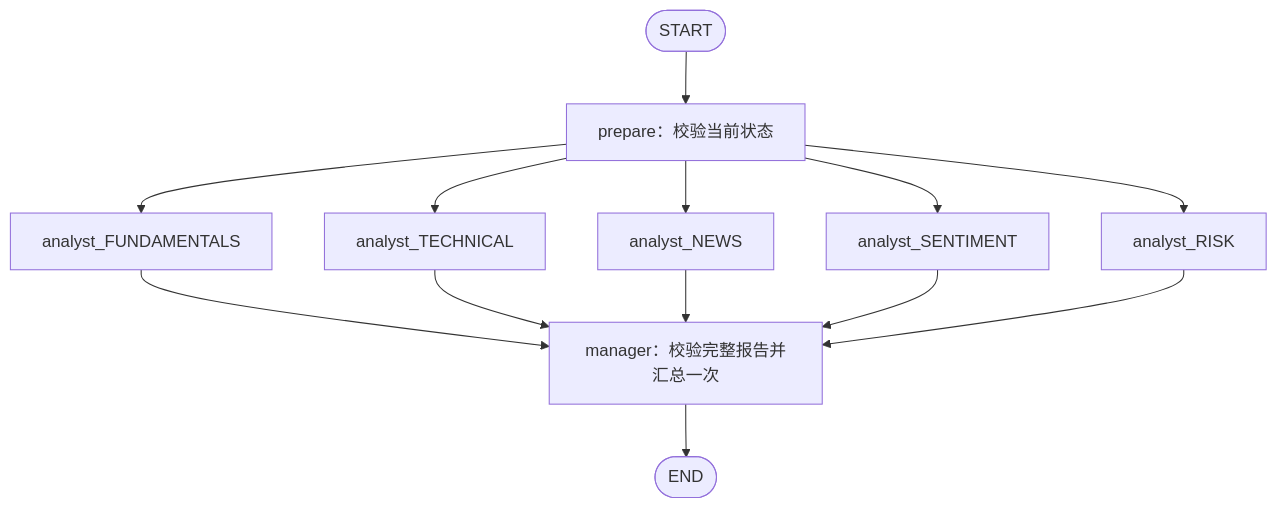
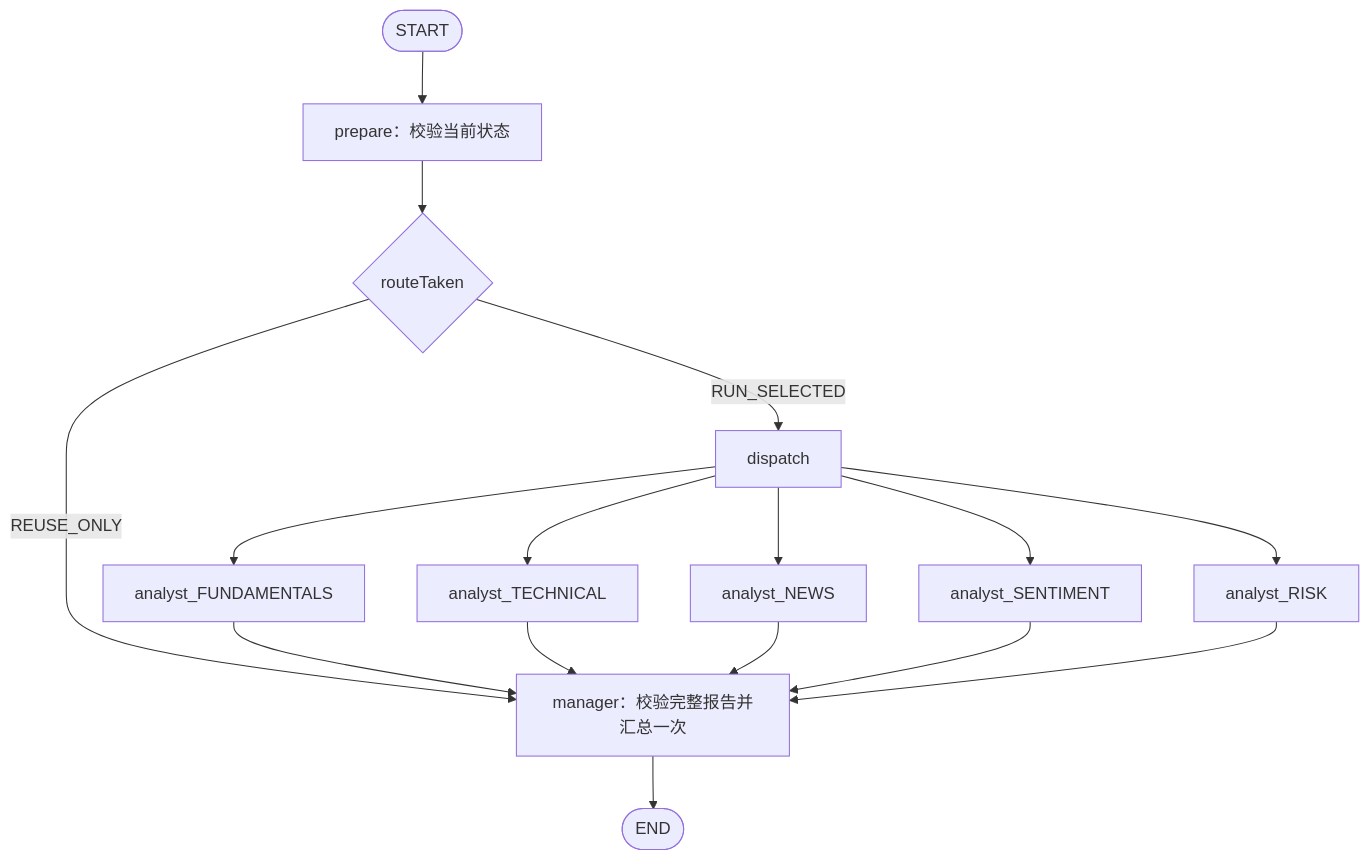
The diagram in GRAPH.md (sjcUD/stock-research-agent), drawn with Mermaid before and after one commit. The commit also changed other lines of this file and 24 other files, not shown here.

````diff
--- a/GRAPH.md
+++ b/GRAPH.md
@@ -22,15 +22,18 @@
 ```mermaid
 flowchart TD
     Start([START]) --> Prepare[prepare：校验当前状态]
-    Prepare --> Fundamental[analyst_FUNDAMENTALS]
-    Prepare --> Technical[analyst_TECHNICAL]
-    Prepare --> News[analyst_NEWS]
-    Prepare --> Sentiment[analyst_SENTIMENT]
-    Prepare --> Risk[analyst_RISK]
+    Prepare --> Route{routeTaken}
+    Route -->|RUN_SELECTED| Dispatch[dispatch]
+    Route -->|REUSE_ONLY| Manager
+    Dispatch --> Fundamental[analyst_FUNDAMENTALS]
+    Dispatch --> Technical[analyst_TECHNICAL]
+    Dispatch --> News[analyst_NEWS]
+    Dispatch --> Sentiment[analyst_SENTIMENT]
+    Dispatch --> Risk[analyst_RISK]
     Fundamental --> Manager[manager：校验完整报告并汇总一次]
     Technical --> Manager
     News --> Manager
     Sentiment --> Manager
     Risk --> Manager
     Manager --> End([END])
 ```
````
